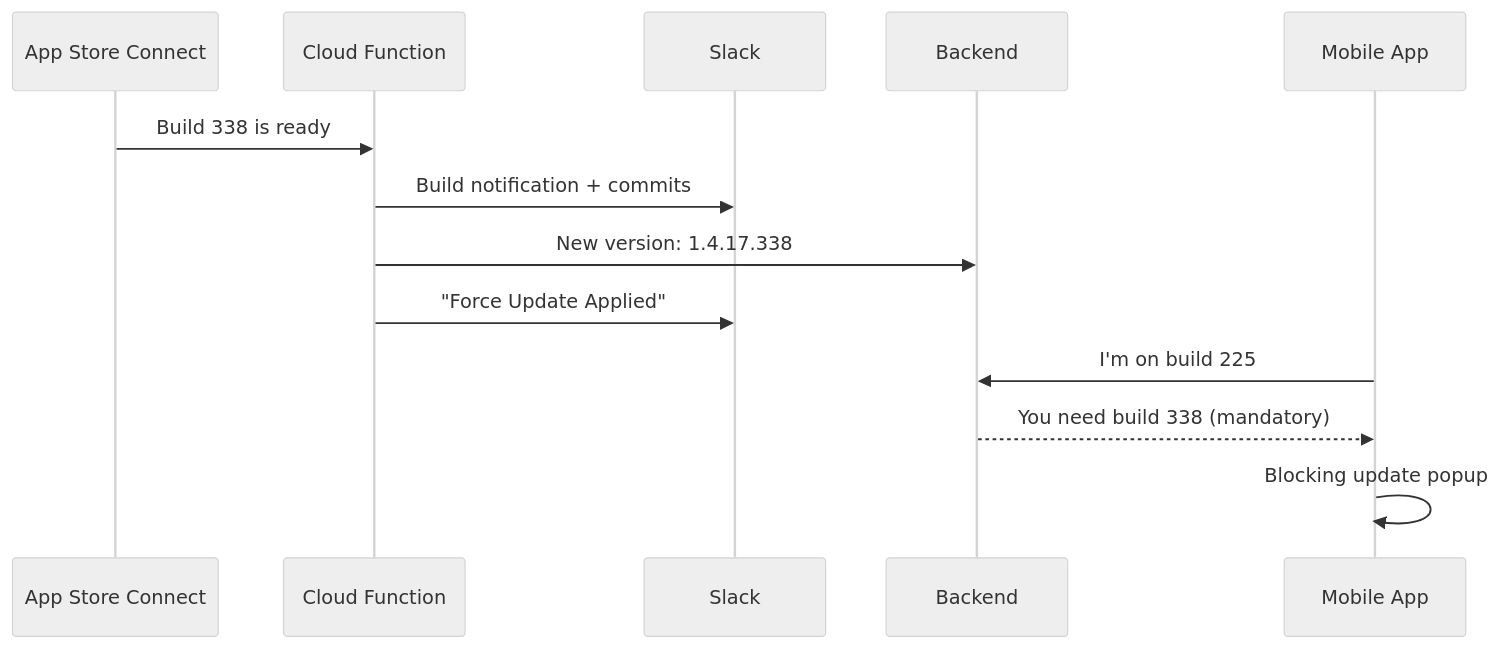
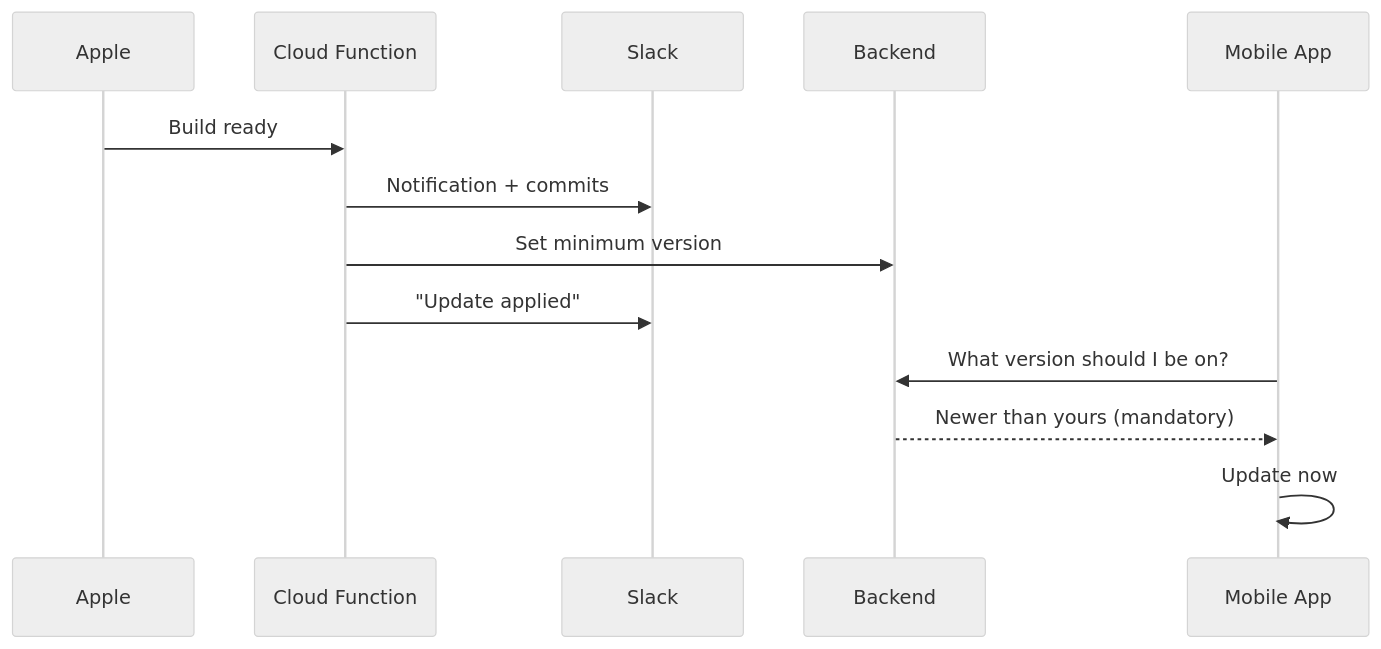
The first of 2 diagrams in src/data/post/appstore-webhooks-automated-release-notes.md (Ideaplaces/ciprianrarau.com), drawn with Mermaid (neutral theme) before and after one commit. The commit also changed other lines of this file and 9 other files, not shown here.

````diff
--- a/src/data/post/appstore-webhooks-automated-release-notes.md
+++ b/src/data/post/appstore-webhooks-automated-release-notes.md
@@ -55,17 +61,17 @@
 ```mermaid
 sequenceDiagram
-    participant Apple as App Store Connect
-    participant CF as Cloud Function
+    participant Apple as Apple
+    participant System as Cloud Function
     participant Slack as Slack
-    participant API as Backend
+    participant Backend as Backend
     participant App as Mobile App
 
-    Apple->>CF: Build 338 is ready
-    CF->>Slack: Build notification + commits
-    CF->>API: New version: 1.4.17.338
-    CF->>Slack: "Force Update Applied"
+    Apple->>System: Build ready
+    System->>Slack: Notification + commits
+    System->>Backend: Set minimum version
+    System->>Slack: "Update applied"
 
-    App->>API: I'm on build 225
-    API-->>App: You need build 338 (mandatory)
-    App->>App: Blocking update popup
+    App->>Backend: What version should I be on?
+    Backend-->>App: Newer than yours (mandatory)
+    App->>App: Update now
 ```
````
